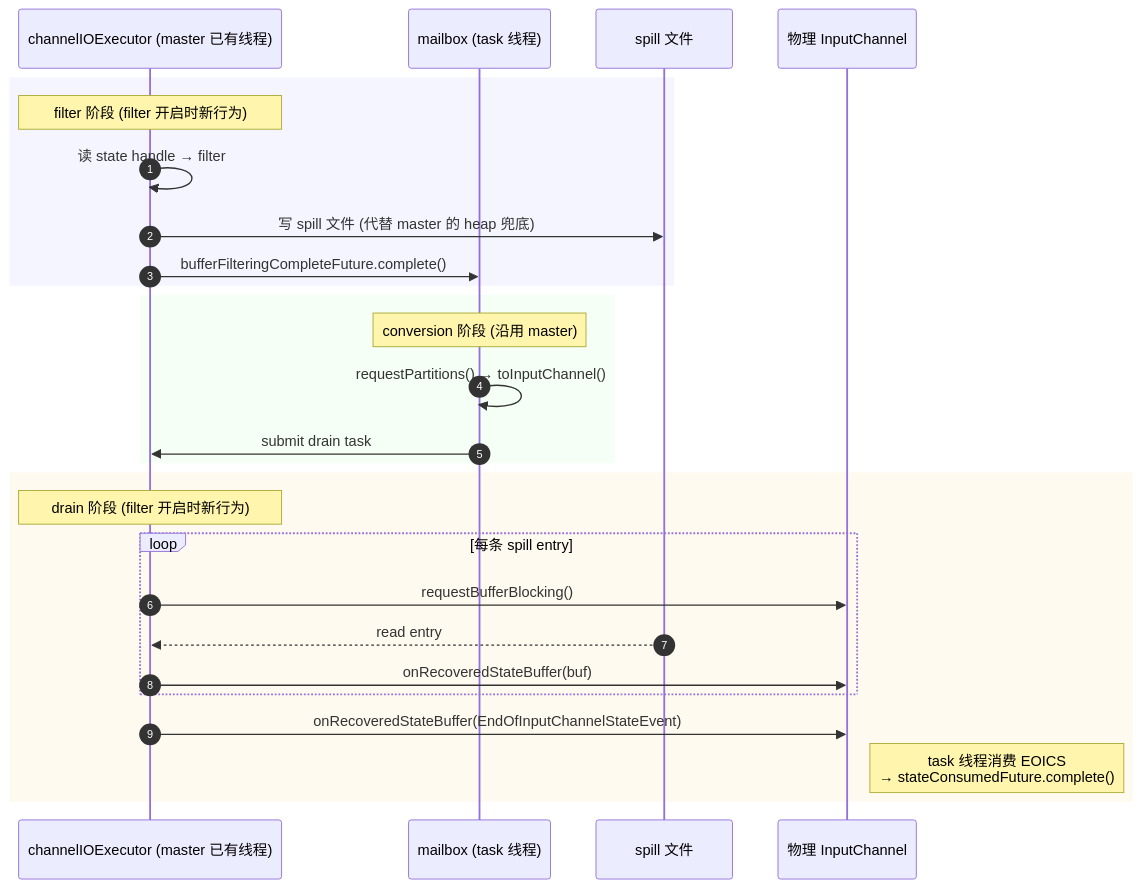
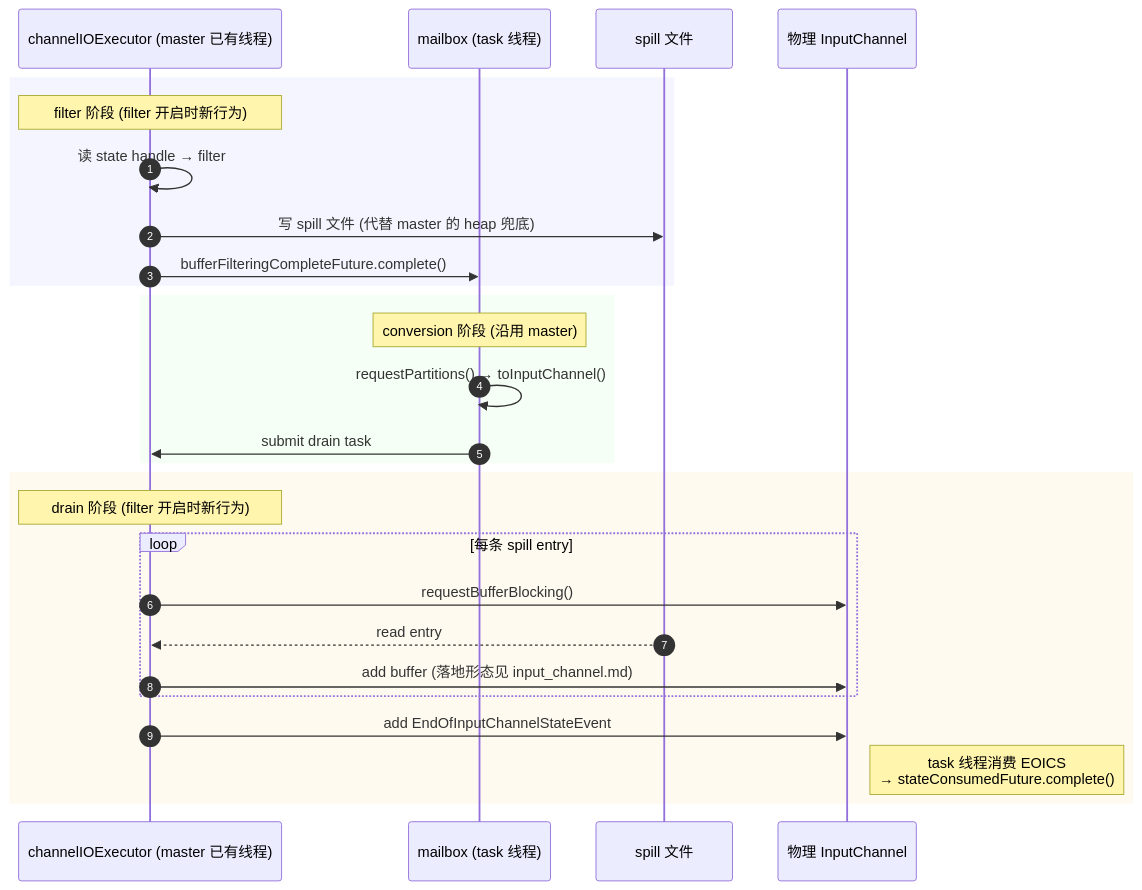
Before and after one commit to 1996fanrui/flink: the first of 2 diagrams in requirements/38544/simplify_approach/overview.md, drawn with Mermaid. The commit also changed other lines of this file and 4 other files, not shown here.

````diff
--- a/requirements/38544/simplify_approach/overview.md
+++ b/requirements/38544/simplify_approach/overview.md
@@ -19,29 +25,29 @@
 ```mermaid
 sequenceDiagram
     autonumber
     participant CIO as channelIOExecutor (master 已有线程)
     participant MB  as mailbox (task 线程)
     participant DISK as spill 文件
     participant PC  as 物理 InputChannel
     rect rgb(245,245,255)
       Note over CIO: filter 阶段 (filter 开启时新行为)
       CIO->>CIO: 读 state handle → filter
       CIO->>DISK: 写 spill 文件 (代替 master 的 heap 兜底)
       CIO->>MB: bufferFilteringCompleteFuture.complete()
     end
     rect rgb(245,255,245)
       Note over MB: conversion 阶段 (沿用 master)
       MB->>MB: requestPartitions() → toInputChannel()
       MB->>CIO: submit drain task
     end
     rect rgb(255,250,240)
       Note over CIO: drain 阶段 (filter 开启时新行为)
       loop 每条 spill entry
         CIO->>PC: requestBufferBlocking()
         DISK-->>CIO: read entry
-        CIO->>PC: onRecoveredStateBuffer(buf)
+        CIO->>PC: add buffer (落地形态见 input_channel.md)
       end
-      CIO->>PC: onRecoveredStateBuffer(EndOfInputChannelStateEvent)
+      CIO->>PC: add EndOfInputChannelStateEvent
       Note right of PC: task 线程消费 EOICS<br/>→ stateConsumedFuture.complete()
     end
 ```
````
